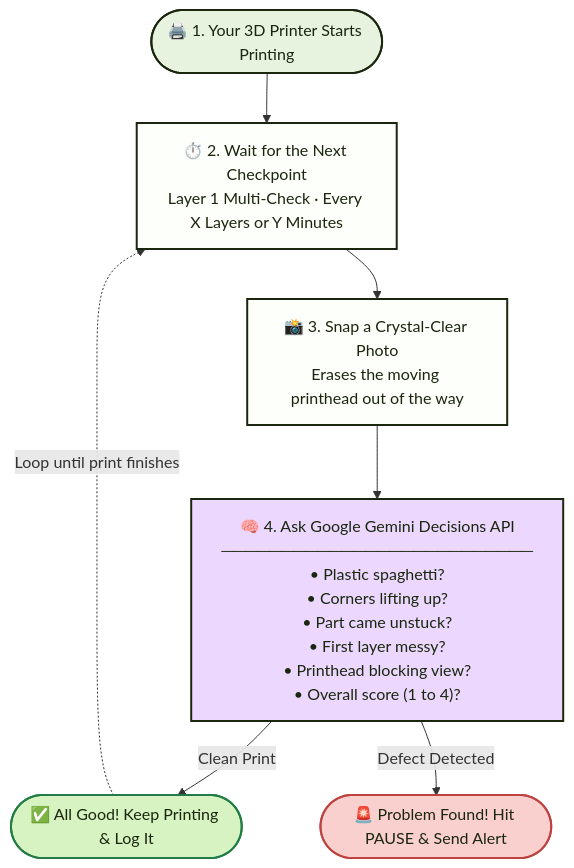
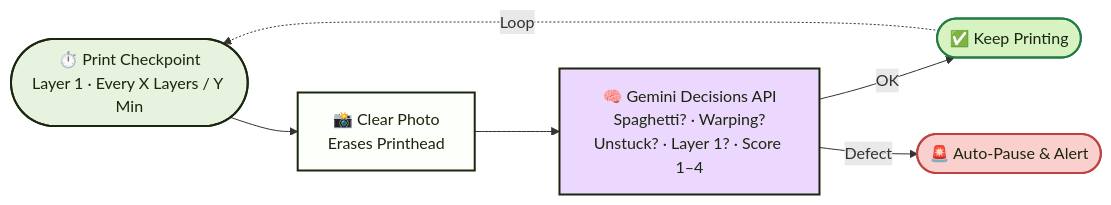
One commit to bibouinc/bambu-ai-guard changed the diagram in README.md. Above: the diagram before and after it, drawn with Mermaid.

Commit message:
docs: make Mermaid architecture diagram compact and horizontal

````diff
--- a/README.md
+++ b/README.md
@@ -36,23 +36,19 @@
 ```mermaid
-flowchart TD
-    P(["🖨️ 1. Your 3D Printer Starts Printing"])
-    T["⏱️ 2. Wait for the Next Checkpoint<br/>Layer 1 Multi-Check · Every X Layers or Y Minutes"]
-    C["📸 3. Snap a Crystal-Clear Photo<br/>Erases the moving printhead out of the way"]
-    AI["🧠 4. Ask Google Gemini Decisions API<br/>──────────────────────────<br/>• Plastic spaghetti?<br/>• Corners lifting up?<br/>• Part came unstuck?<br/>• First layer messy?<br/>• Printhead blocking view?<br/>• Overall score (1 to 4)?"]
-    OK(["✅ All Good! Keep Printing & Log It"])
-    FAIL(["🚨 Problem Found! Hit PAUSE & Send Alert"])
+flowchart LR
+    T(["⏱️ Print Checkpoint<br/>Layer 1 · Every X Layers / Y Min"])
+    C["📸 Clear Photo<br/>Erases Printhead"]
+    AI["🧠 Gemini Decisions API<br/>Spaghetti? · Warping?<br/>Unstuck? · Layer 1? · Score 1–4"]
+    OK(["✅ Keep Printing"])
+    FAIL(["🚨 Auto-Pause & Alert"])
 
-    P --> T
-    T --> C
-    C --> AI
-    AI -->|"Clean Print"| OK
-    OK -.->|"Loop until print finishes"| T
-    AI -->|"Defect Detected"| FAIL
+    T --> C --> AI
+    AI -->|"OK"| OK
+    OK -.->|"Loop"| T
+    AI -->|"Defect"| FAIL
 
-    style P fill:#E7F2DF,stroke:#1A260E,stroke-width:2px,color:#1A260E
-    style T fill:#FDFFFB,stroke:#1A260E,stroke-width:2px,color:#1A260E
+    style T fill:#E7F2DF,stroke:#1A260E,stroke-width:2px,color:#1A260E
     style C fill:#FDFFFB,stroke:#1A260E,stroke-width:2px,color:#1A260E
     style AI fill:#ECD8FF,stroke:#1A260E,stroke-width:2px,color:#1A260E
     style OK fill:#D7F3C2,stroke:#217B44,stroke-width:2px,color:#1A260E
     style FAIL fill:#FAD0CE,stroke:#BE423F,stroke-width:2px,color:#1A260E
 ```
````
